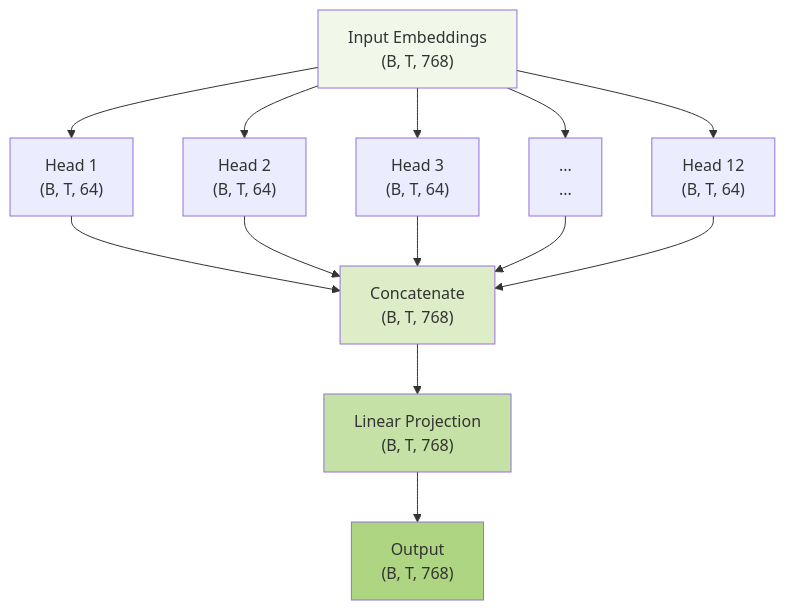
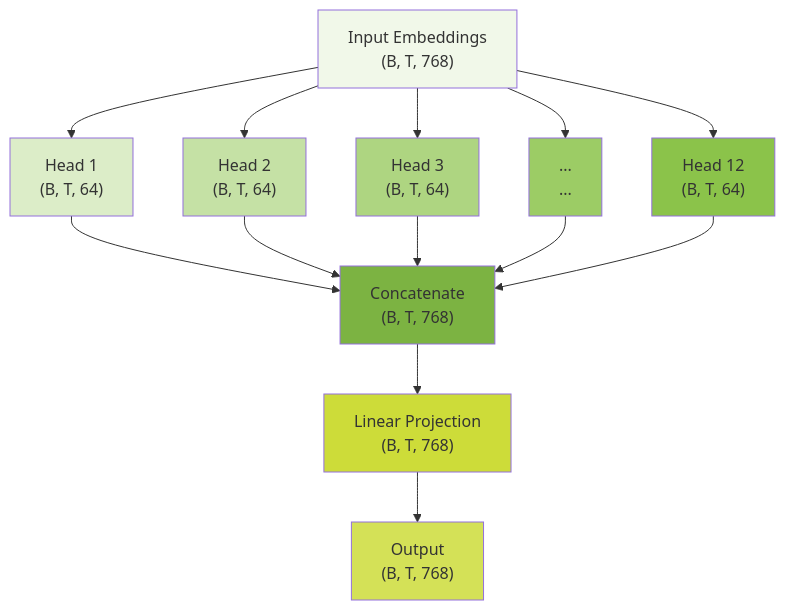
One commit to Chaklader/flower-image-classifier changed diagram 12 of 16 in C_4.md. Above: the diagram before and after it, drawn with Mermaid. The commit also changed other lines of this file, not shown here.

````diff
--- a/C_4.md
+++ b/C_4.md
@@ -5388,22 +5626,27 @@
 ```mermaid
 graph TD
     A["Input Embeddings<br>(B, T, 768)"] --> B["Head 1<br>(B, T, 64)"]
     A --> C["Head 2<br>(B, T, 64)"]
     A --> D["Head 3<br>(B, T, 64)"]
     A --> E["...<br>..."]
     A --> F["Head 12<br>(B, T, 64)"]
 
     B --> G["Concatenate<br>(B, T, 768)"]
     C --> G
     D --> G
     E --> G
     F --> G
 
     G --> H["Linear Projection<br>(B, T, 768)"]
     H --> I["Output<br>(B, T, 768)"]
 
-    style A fill:#F1F8E9
-    style G fill:#DCEDC8
-    style H fill:#C5E1A5
-    style I fill:#AED581
+style A fill:#F1F8E9
+style B fill:#DCEDC8
+style C fill:#C5E1A5
+style D fill:#AED581
+style E fill:#9CCC65
+style F fill:#8BC34A
+style G fill:#7CB342
+style H fill:#CDDC39
+style I fill:#D4E157
 ```
````
